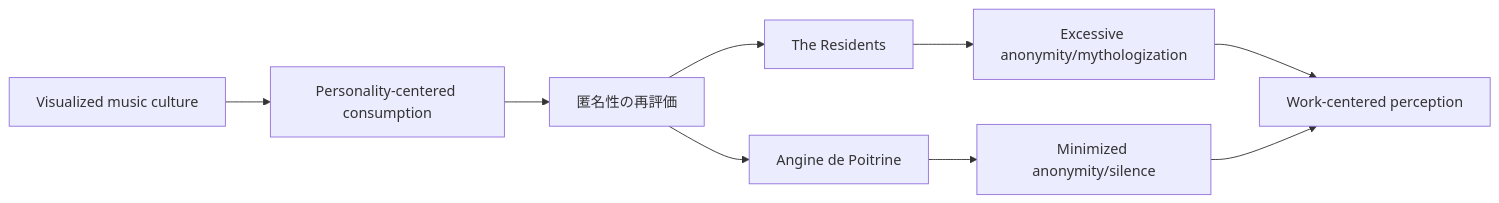
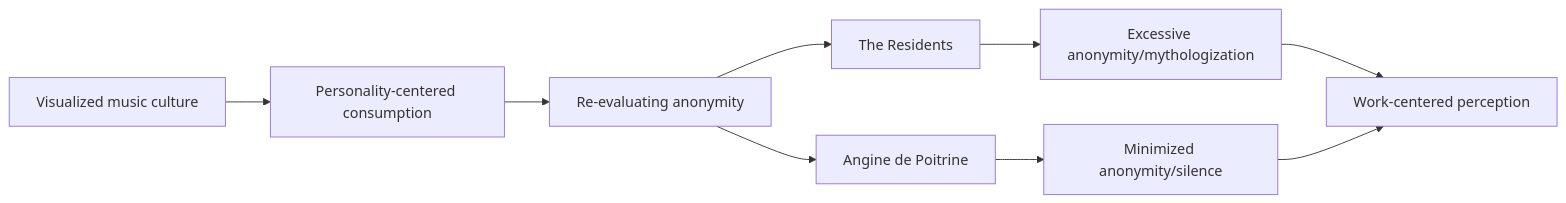
One commit to monumental-movement/monumental-movement.github.io changed the tenth of 17 diagrams in en/_posts/2026-07-06-column-angine-de-poitrine-the-residents.md. Above: the diagram before and after it, drawn with Mermaid. The commit also changed other lines of this file and 851 other files, not shown here.

```diff
--- a/en/_posts/2026-07-06-column-angine-de-poitrine-the-residents.md
+++ b/en/_posts/2026-07-06-column-angine-de-poitrine-the-residents.md
@@ -1088,19 +1088,19 @@
 <div class="mermaid">
 flowchart LR
 
 A["Visualized music culture"]
 B["Personality-centered consumption"]
-C["匿名性の再評価"]
+C["Re-evaluating anonymity"]
 
 D["The Residents"]
 E["Excessive anonymity/mythologization"]
 
 F["Angine de Poitrine"]
 G["Minimized anonymity/silence"]
 
 H["Work-centered perception"]
 
 A --> B --> C
 C --> D --> E --> H
 C --> F --> G --> H
 </div>
```
